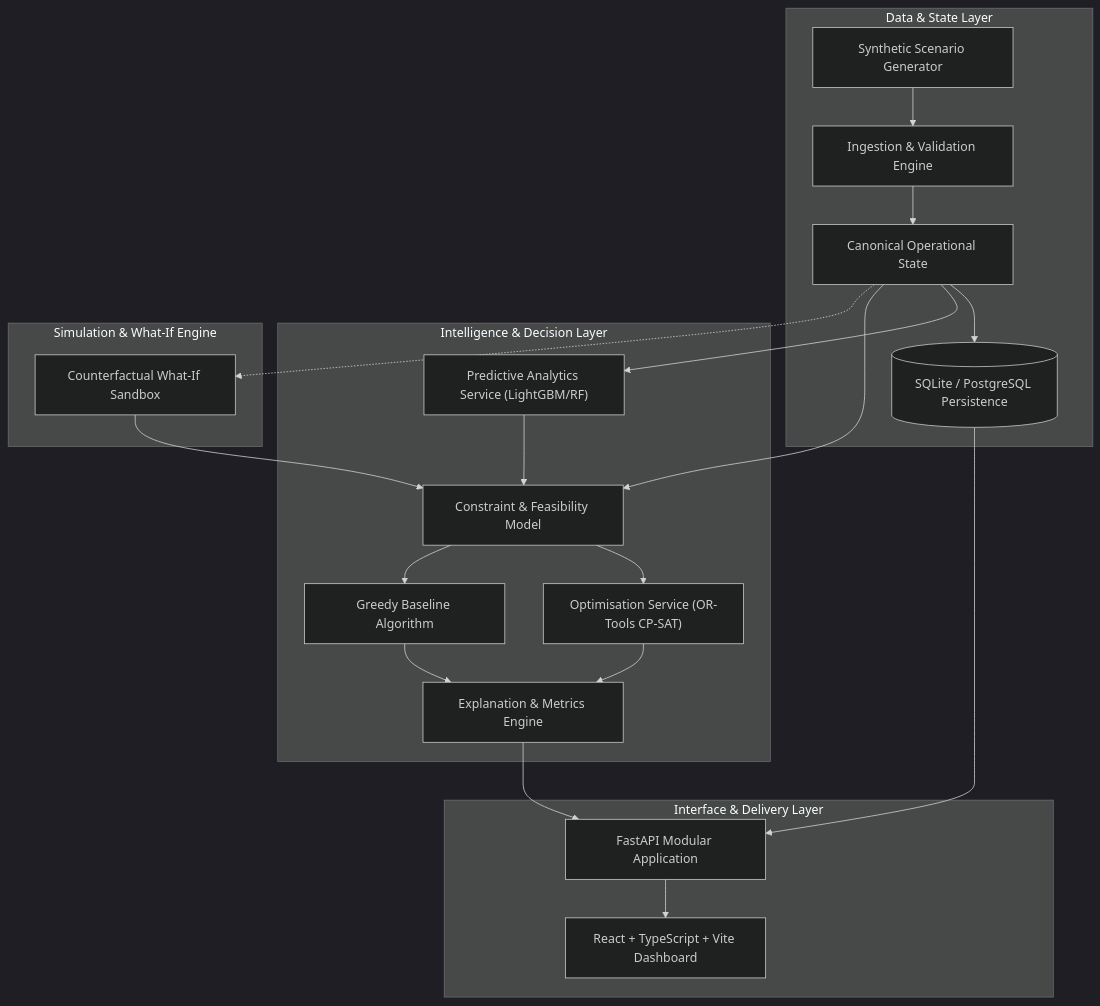
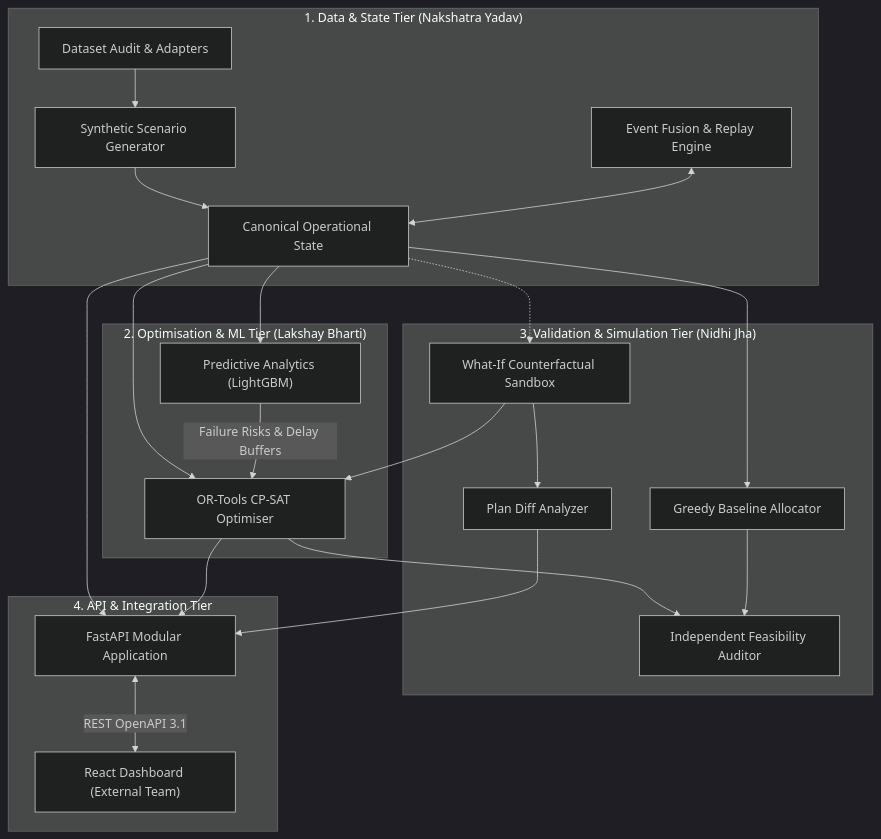
Before and after one commit to DAREDEVIL-OF-NEXUS/AirOps-Optimizer: the first of 2 diagrams in README.md, drawn with Mermaid (dark theme). The commit also changed other lines of this file and 16 other files, not shown here.

````diff
--- a/README.md
+++ b/README.md
@@ -53,29 +46,30 @@
 ```mermaid
 flowchart TD
-    subgraph DataLayer ["Data & State Layer"]
-        SSG["Synthetic Scenario Generator"] --> IDV["Ingestion & Validation Engine"]
-        IDV --> COS["Canonical Operational State"]
-        COS --> DB[(SQLite / PostgreSQL Persistence)]
+    subgraph DataTier ["1. Data & State Tier (Nakshatra Yadav)"]
+        AUDIT["Dataset Audit & Adapters"] --> GEN["Synthetic Scenario Generator"]
+        GEN --> STATE["Canonical Operational State"]
+        EVENT["Event Fusion & Replay Engine"] <--> STATE
     end
 
-    subgraph IntelligenceLayer ["Intelligence & Decision Layer"]
-        COS --> PAS["Predictive Analytics Service (LightGBM/RF)"]
-        COS --> CFM["Constraint & Feasibility Model"]
-        PAS --> CFM
-        CFM --> OS["Optimisation Service (OR-Tools CP-SAT)"]
-        CFM --> BL["Greedy Baseline Algorithm"]
-        OS --> EME["Explanation & Metrics Engine"]
-        BL --> EME
+    subgraph AlgoTier ["2. Optimisation & ML Tier (Lakshay Bharti)"]
+        STATE --> ML["Predictive Analytics (LightGBM)"]
+        STATE --> CPSAT["OR-Tools CP-SAT Optimiser"]
+        ML -->|"Failure Risks & Delay Buffers"| CPSAT
     end
 
-    subgraph SimulationLayer ["Simulation & What-If Engine"]
-        COS -.-> WIE["Counterfactual What-If Sandbox"]
-        WIE --> CFM
+    subgraph EvalTier ["3. Validation & Simulation Tier (Nidhi Jha)"]
+        CPSAT --> AUDITOR["Independent Feasibility Auditor"]
+        STATE --> GREEDY["Greedy Baseline Allocator"]
+        GREEDY --> AUDITOR
+        STATE -.-> SANDBOX["What-If Counterfactual Sandbox"]
+        SANDBOX --> CPSAT
+        SANDBOX --> DIFF["Plan Diff Analyzer"]
     end
 
-    subgraph PresentationLayer ["Interface & Delivery Layer"]
-        EME --> API["FastAPI Modular Application"]
-        DB --> API
-        API --> FE["React + TypeScript + Vite Dashboard"]
+    subgraph DeliveryTier ["4. API & Integration Tier"]
+        STATE --> API["FastAPI Modular Application"]
+        CPSAT --> API
+        DIFF --> API
+        API <-->|"REST OpenAPI 3.1"| FRONTEND["React Dashboard (External Team)"]
     end
 ```
````
